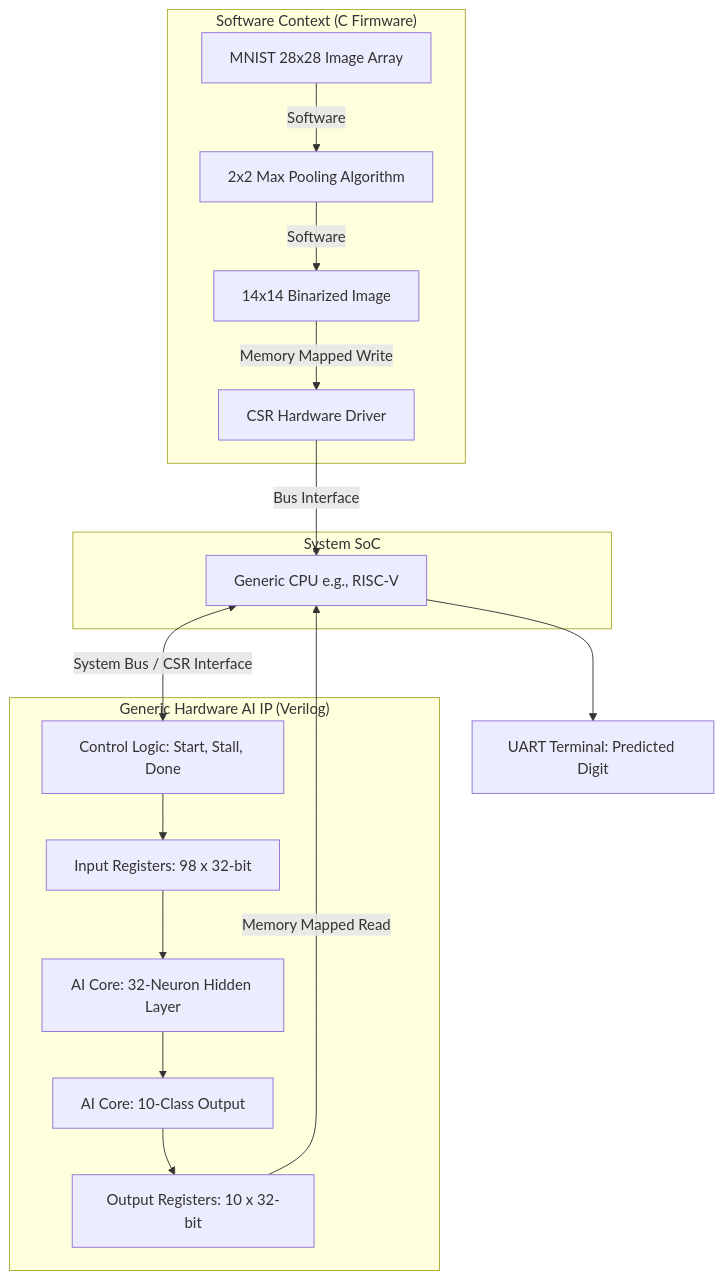
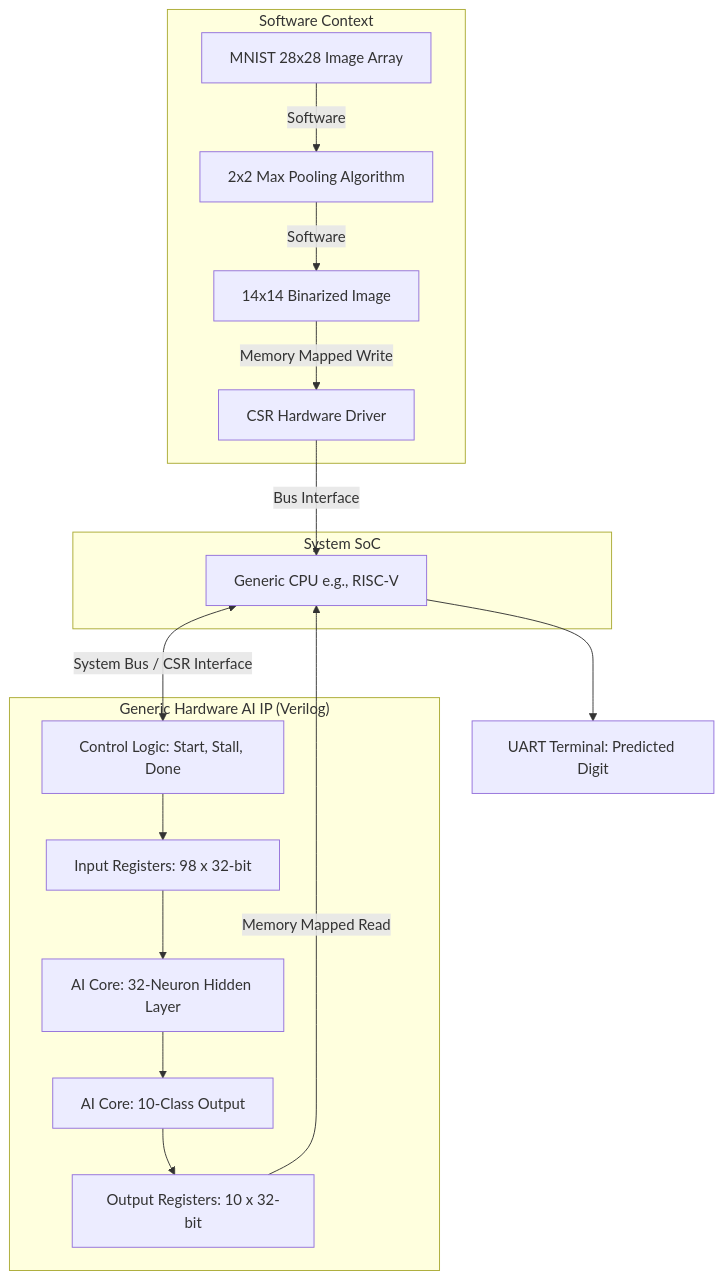
The diagram in README.md (Boostedx/VexRiscV-AI_Accelerator), drawn with Mermaid before and after one commit.

Commit message:
Updated the diagram

````diff
--- a/README.md
+++ b/README.md
@@ -21,23 +21,23 @@
 ```mermaid
 graph TD
-    subgraph Software["Software Context (C Firmware)"]
+    subgraph Software["Software Context"]
         A[MNIST 28x28 Image Array] -->|Software| B[2x2 Max Pooling Algorithm]
         B -->|Software| C[14x14 Binarized Image]
         C -->|Memory Mapped Write| D[CSR Hardware Driver]
     end
 
     subgraph Hardware["Generic Hardware AI IP (Verilog)"]
         F[Control Logic: Start, Stall, Done] --> G[Input Registers: 98 x 32-bit]
         G --> H[AI Core: 32-Neuron Hidden Layer]
         H --> I[AI Core: 10-Class Output]
         I --> J[Output Registers: 10 x 32-bit]
     end
 
     subgraph SoC["System SoC"]
         E[Generic CPU e.g., RISC-V] <-->|System Bus / CSR Interface| F
         D -->|Bus Interface| E
         J -->|Memory Mapped Read| E
     end
     
     E --> K[UART Terminal: Predicted Digit]
 ```
````
